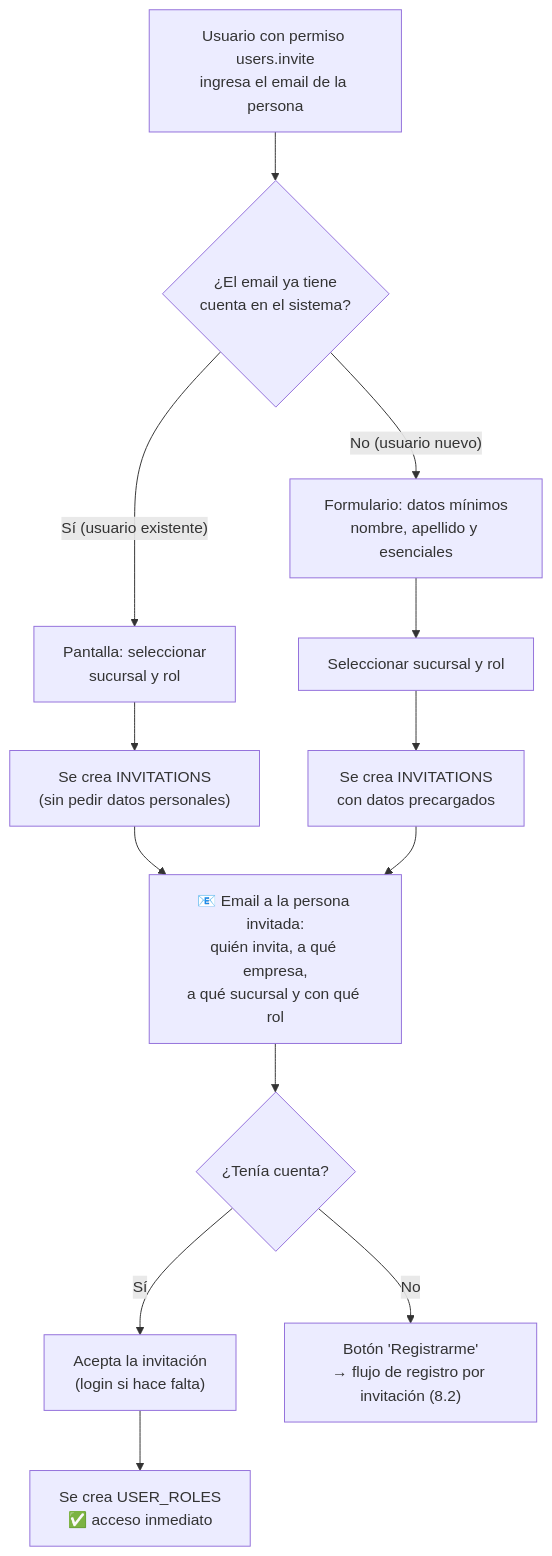
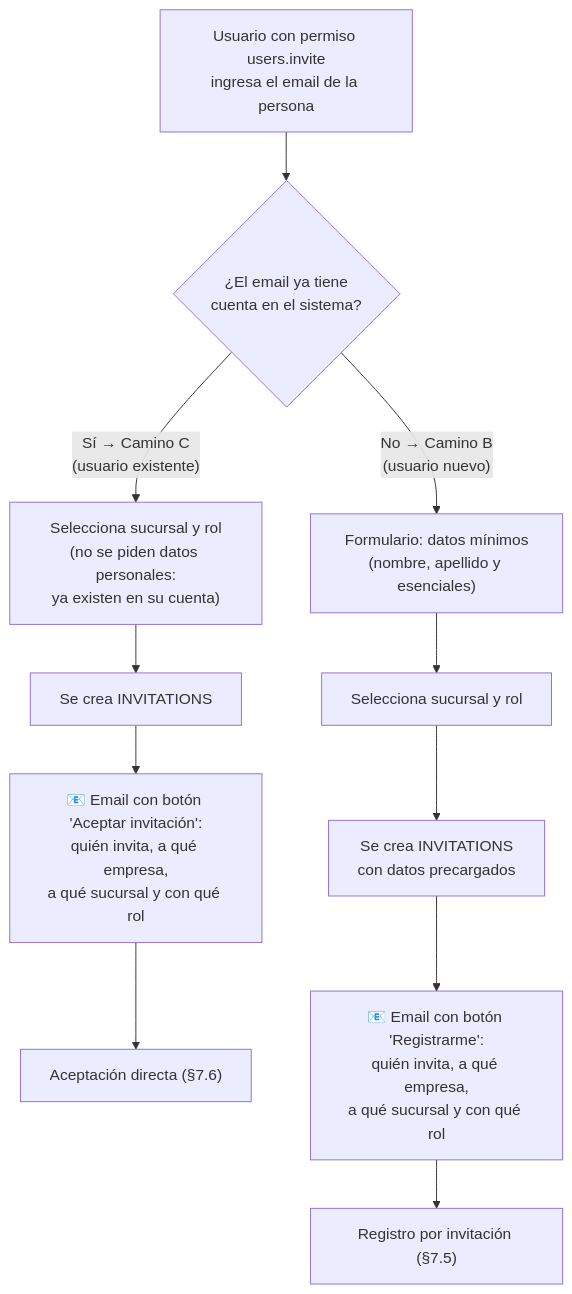
The seventh of 13 diagrams in database-guidelines.md (Franco98404/database-guidelines), drawn with Mermaid before and after one commit. The commit also changed other lines of this file, not shown here.

First line of the commit message:
Versión 1.2.0: índice, flujos unificados, contexto activo con rol y trazabilidad

````diff
--- a/database-guidelines.md
+++ b/database-guidelines.md
@@ -337,14 +430,13 @@
 ```mermaid
 flowchart TD
     A["Usuario con permiso users.invite<br/>ingresa el email de la persona"] --> B{"¿El email ya tiene<br/>cuenta en el sistema?"}
-    B -- "Sí (usuario existente)" --> C["Pantalla: seleccionar<br/>sucursal y rol"]
-    C --> D["Se crea INVITATIONS<br/>(sin pedir datos personales)"]
-    B -- "No (usuario nuevo)" --> E["Formulario: datos mínimos<br/>nombre, apellido y esenciales"]
-    E --> F["Seleccionar sucursal y rol"]
+    B -- "Sí → Camino C<br/>(usuario existente)" --> C["Selecciona sucursal y rol<br/>(no se piden datos personales:<br/>ya existen en su cuenta)"]
+    C --> D["Se crea INVITATIONS"]
+    D --> HC["📧 Email con botón 'Aceptar invitación':<br/>quién invita, a qué empresa,<br/>a qué sucursal y con qué rol"]
+    HC --> JC["Aceptación directa (§7.6)"]
+    B -- "No → Camino B<br/>(usuario nuevo)" --> E["Formulario: datos mínimos<br/>(nombre, apellido y esenciales)"]
+    E --> F["Selecciona sucursal y rol"]
     F --> G["Se crea INVITATIONS<br/>con datos precargados"]
-    D & G --> H["📧 Email a la persona invitada:<br/>quién invita, a qué empresa,<br/>a qué sucursal y con qué rol"]
-    H --> I{"¿Tenía cuenta?"}
-    I -- Sí --> J["Acepta la invitación<br/>(login si hace falta)"]
-    J --> K["Se crea USER_ROLES<br/>✅ acceso inmediato"]
-    I -- No --> L["Botón 'Registrarme'<br/>→ flujo de registro por invitación (8.2)"]
+    G --> HB["📧 Email con botón 'Registrarme':<br/>quién invita, a qué empresa,<br/>a qué sucursal y con qué rol"]
+    HB --> JB["Registro por invitación (§7.5)"]
 ```
````
